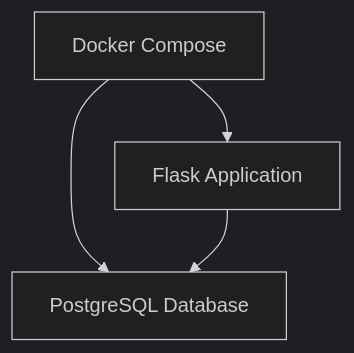
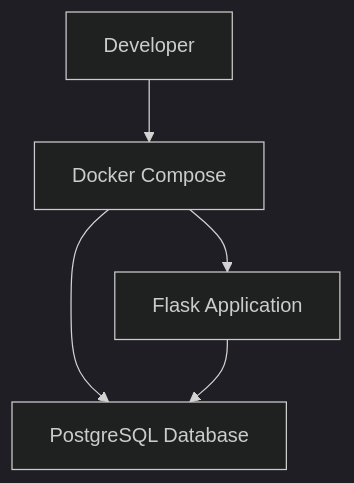
One commit to suhasini57/production-grade-cloud-native-aws changed the second of 2 diagrams in README.md. Above: the diagram before and after it, drawn with Mermaid (dark theme). The commit also changed other lines of this file, not shown here.

````diff
--- a/README.md
+++ b/README.md
@@ -64,6 +42,7 @@
 ```mermaid
 flowchart TD
-    A[Docker Compose] --> B[Flask Application]
-    A --> C[PostgreSQL Database]
-    B --> C
+    A[Developer] --> B[Docker Compose]
+    B --> C[Flask Application]
+    B --> D[PostgreSQL Database]
+    C --> D
 ```
````
